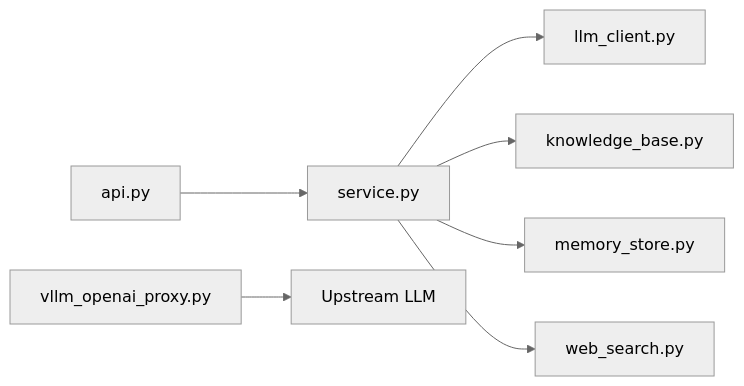
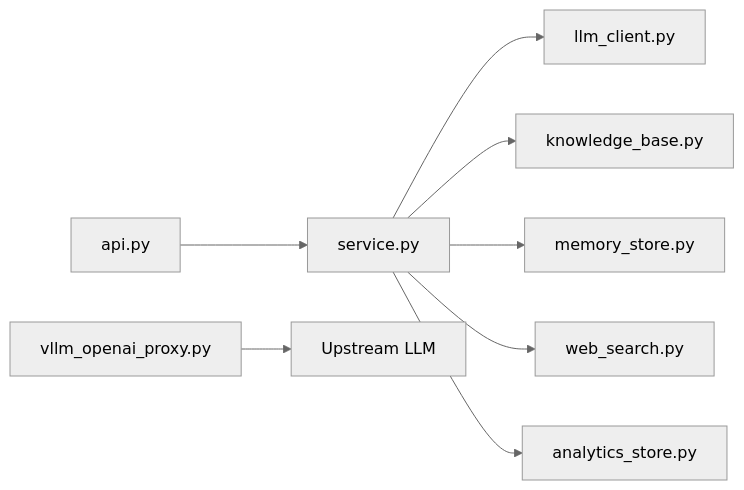
Diagram 11 of 11 in .qoder/repowiki/en/content/Integration and Extensions/Integration and Extensions.md (intellistream/sage-mate), drawn with Mermaid (neutral theme) before and after one commit. The commit also changed other lines of this file and 60 other files, not shown here.

````diff
--- a/.qoder/repowiki/en/content/Integration and Extensions/Integration and Extensions.md
+++ b/.qoder/repowiki/en/content/Integration and Extensions/Integration and Extensions.md
@@ -410,9 +473,10 @@
 ```mermaid
 graph LR
 Service["service.py"] --> LLM["llm_client.py"]
 Service --> KB["knowledge_base.py"]
 Service --> Mem["memory_store.py"]
 Service --> WS["web_search.py"]
+Service --> Analytics["analytics_store.py"]
 API["api.py"] --> Service
 Proxy["vllm_openai_proxy.py"] --> Upstream["Upstream LLM"]
 ```
````
